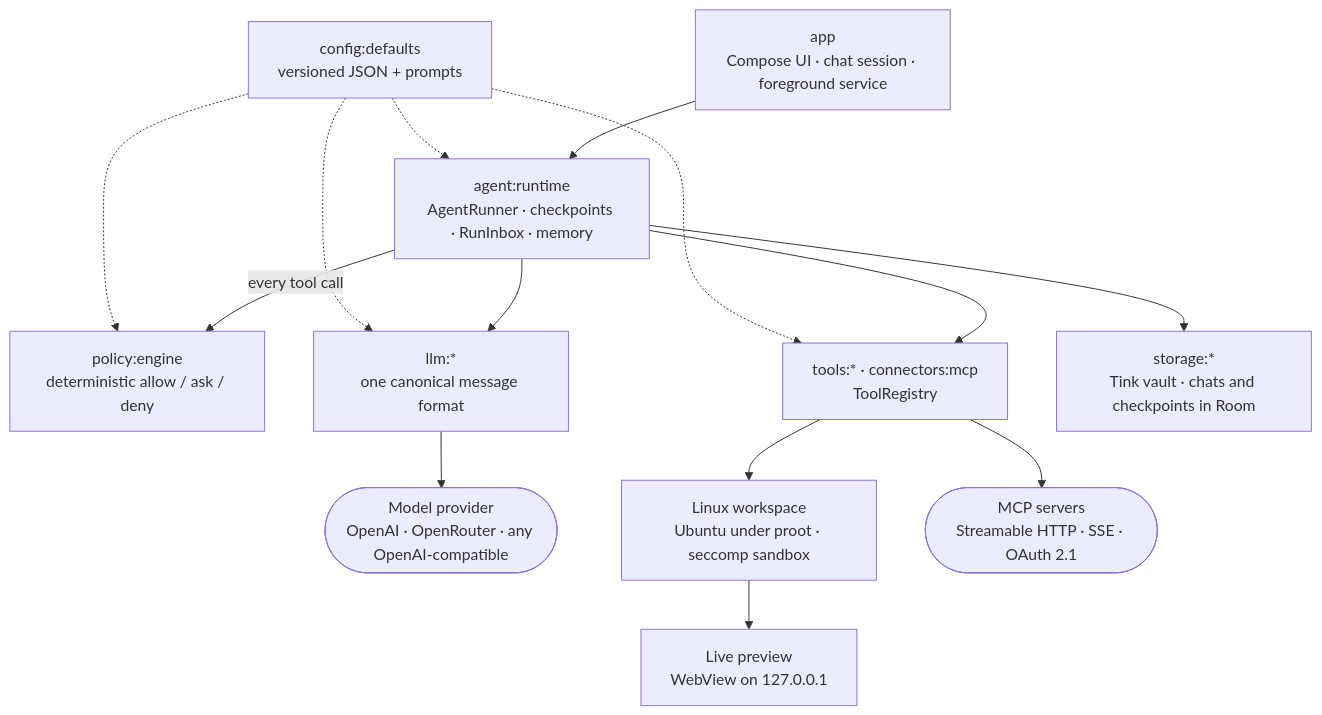
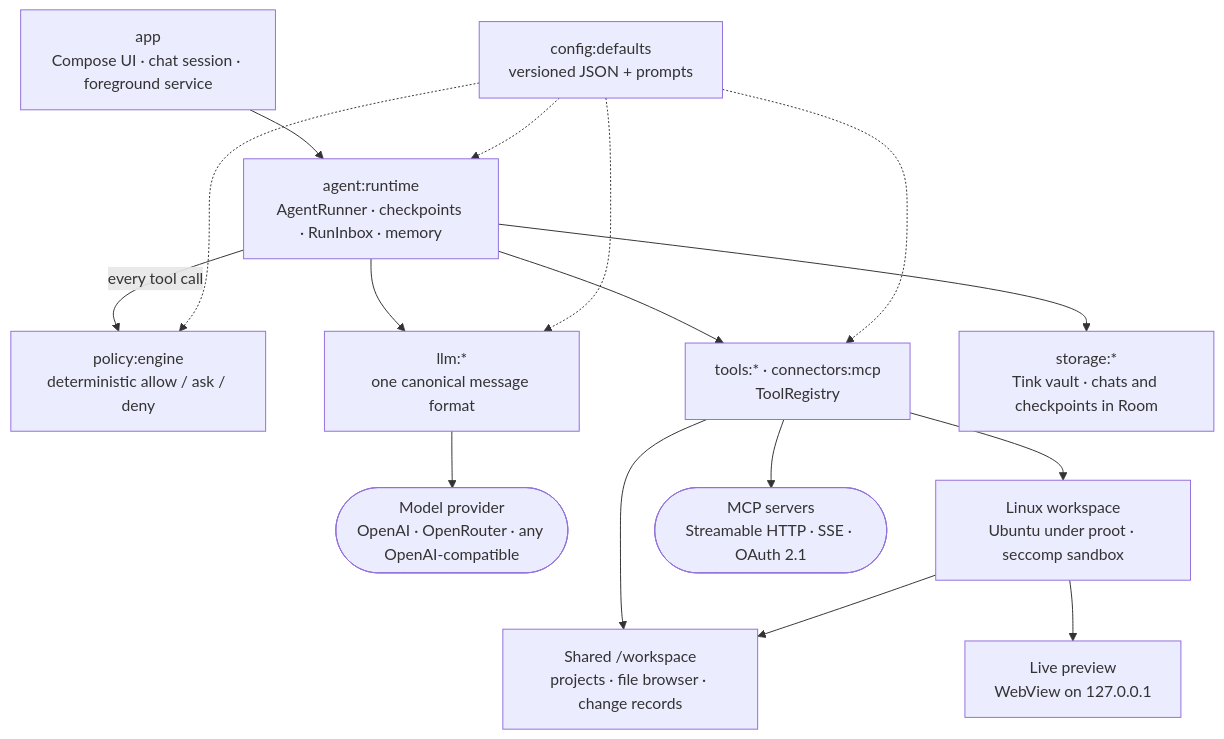
One commit to Arunprakaash/Whittle changed the diagram in README.md. Above: the diagram before and after it, drawn with Mermaid. The commit also changed other lines of this file and 2 other files, not shown here.

````diff
--- a/README.md
+++ b/README.md
@@ -24,24 +24,27 @@
 ```mermaid
 flowchart TB
     UI["app<br/>Compose UI · chat session · foreground service"]
     RUN["agent:runtime<br/>AgentRunner · checkpoints · RunInbox · memory"]
     POL["policy:engine<br/>deterministic allow / ask / deny"]
     LLM["llm:*<br/>one canonical message format"]
     TOOLS["tools:* · connectors:mcp<br/>ToolRegistry"]
     STORE["storage:*<br/>Tink vault · chats and checkpoints in Room"]
     CFG["config:defaults<br/>versioned JSON + prompts"]
     PROV(["Model provider<br/>OpenAI · OpenRouter · any OpenAI-compatible"])
     SANDBOX["Linux workspace<br/>Ubuntu under proot · seccomp sandbox"]
+    FILES["Shared /workspace<br/>projects · file browser · change records"]
     PREVIEW["Live preview<br/>WebView on 127.0.0.1"]
     MCP(["MCP servers<br/>Streamable HTTP · SSE · OAuth 2.1"])
 
     UI --> RUN
     RUN --> LLM --> PROV
     RUN -- every tool call --> POL
     RUN --> TOOLS
     RUN --> STORE
     TOOLS --> SANDBOX
+    TOOLS --> FILES
+    SANDBOX --> FILES
     SANDBOX --> PREVIEW
     TOOLS --> MCP
     CFG -.-> RUN & POL & TOOLS & LLM
 ```
````
